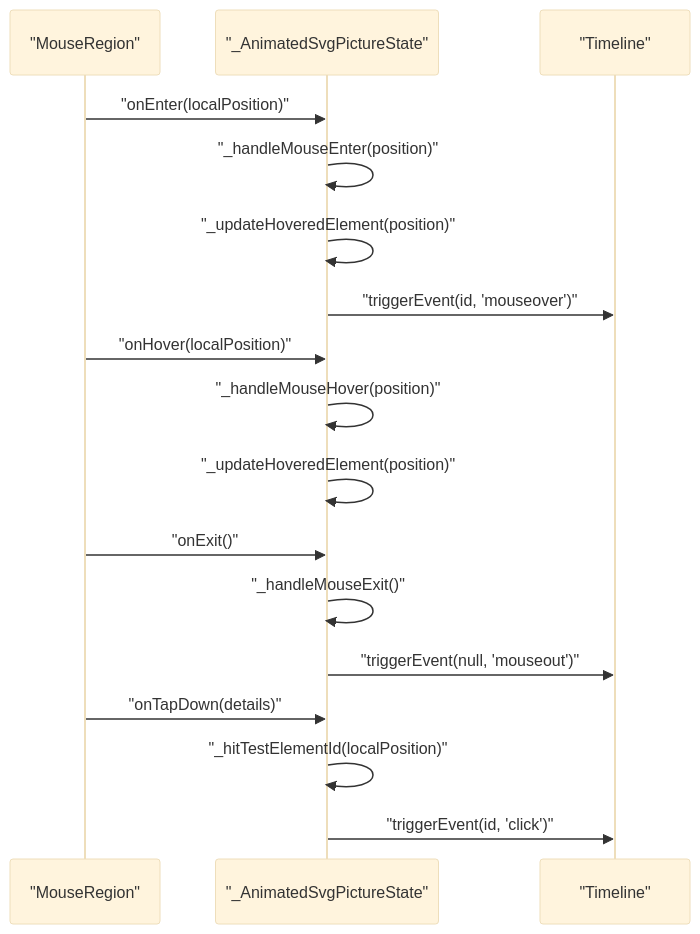
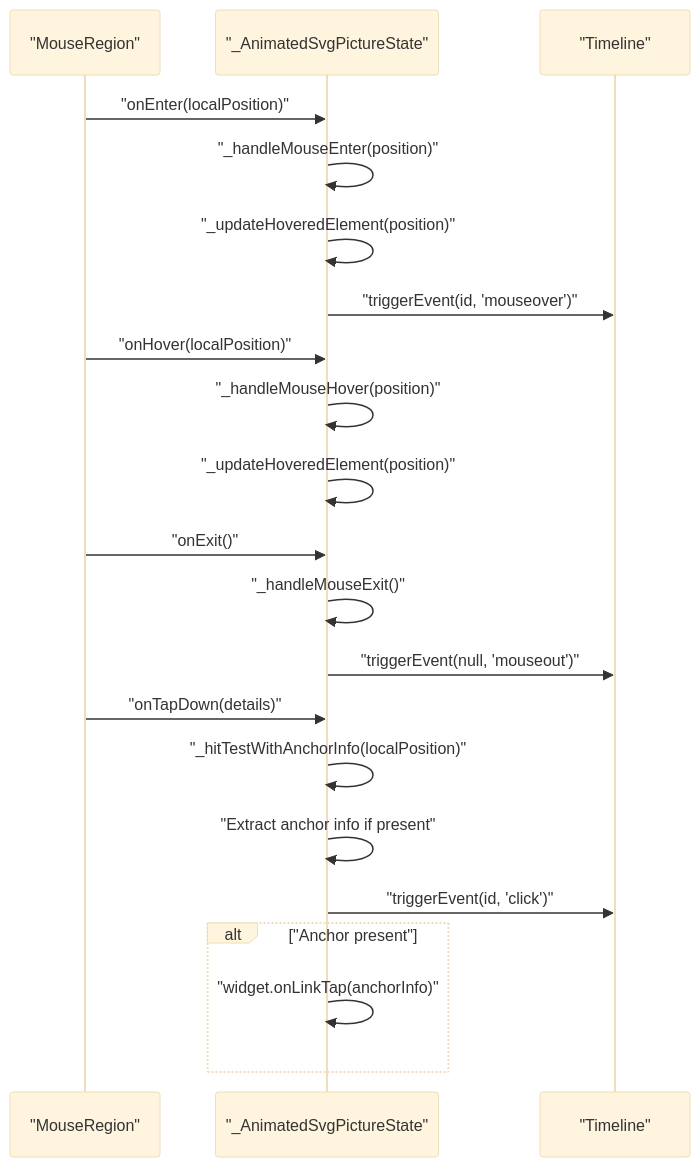
One commit to denisnadey/flutter_full_svg_support changed the seventh of 15 diagrams in .qoder/repowiki/en/content/Advanced Features/Interactive SVG Elements.md. Above: the diagram before and after it, drawn with Mermaid (base theme). The commit also changed other lines of this file and 44 other files, not shown here.

First line of the commit message:
feat(svg): add comprehensive anchor element system with accessibility support

````diff
--- a/.qoder/repowiki/en/content/Advanced Features/Interactive SVG Elements.md
+++ b/.qoder/repowiki/en/content/Advanced Features/Interactive SVG Elements.md
@@ -316,19 +351,23 @@
 ```mermaid
 sequenceDiagram
 participant MR as "MouseRegion"
 participant GS as "_AnimatedSvgPictureState"
 participant TL as "Timeline"
 MR->>GS : "onEnter(localPosition)"
 GS->>GS : "_handleMouseEnter(position)"
 GS->>GS : "_updateHoveredElement(position)"
 GS->>TL : "triggerEvent(id, 'mouseover')"
 MR->>GS : "onHover(localPosition)"
 GS->>GS : "_handleMouseHover(position)"
 GS->>GS : "_updateHoveredElement(position)"
 MR->>GS : "onExit()"
 GS->>GS : "_handleMouseExit()"
 GS->>TL : "triggerEvent(null, 'mouseout')"
 MR->>GS : "onTapDown(details)"
-GS->>GS : "_hitTestElementId(localPosition)"
+GS->>GS : "_hitTestWithAnchorInfo(localPosition)"
+GS->>GS : "Extract anchor info if present"
 GS->>TL : "triggerEvent(id, 'click')"
+alt "Anchor present"
+GS->>GS : "widget.onLinkTap(anchorInfo)"
+end
 ```
````
